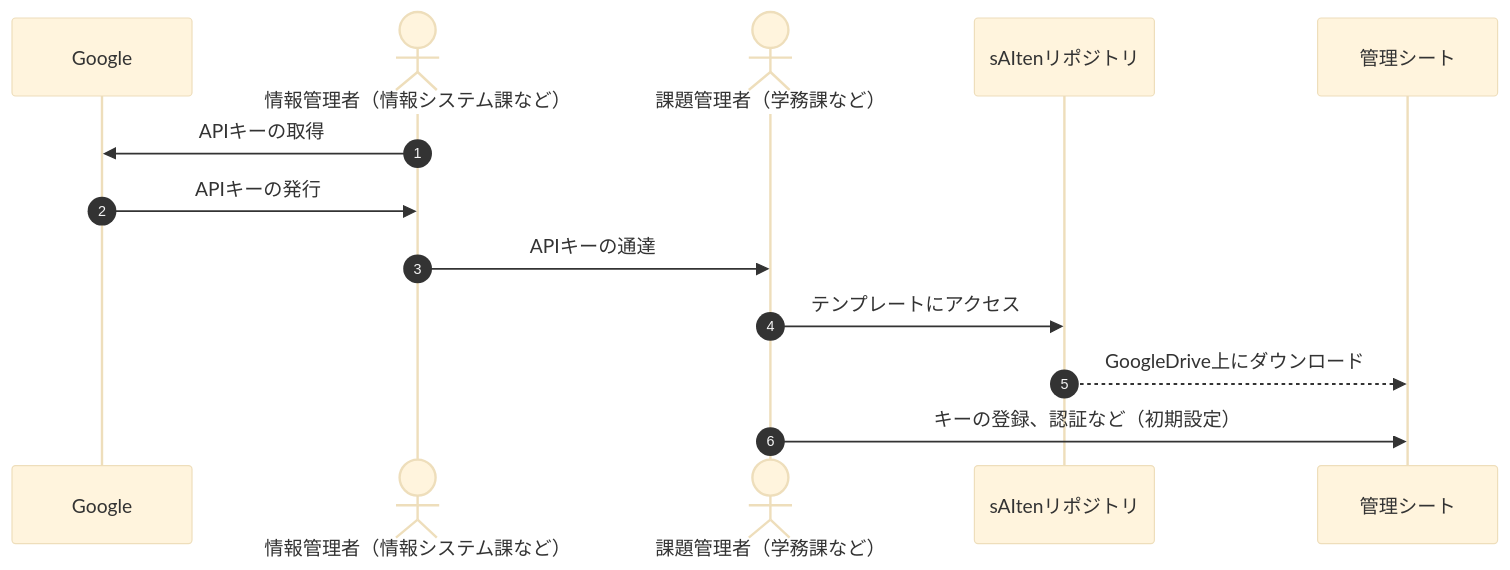
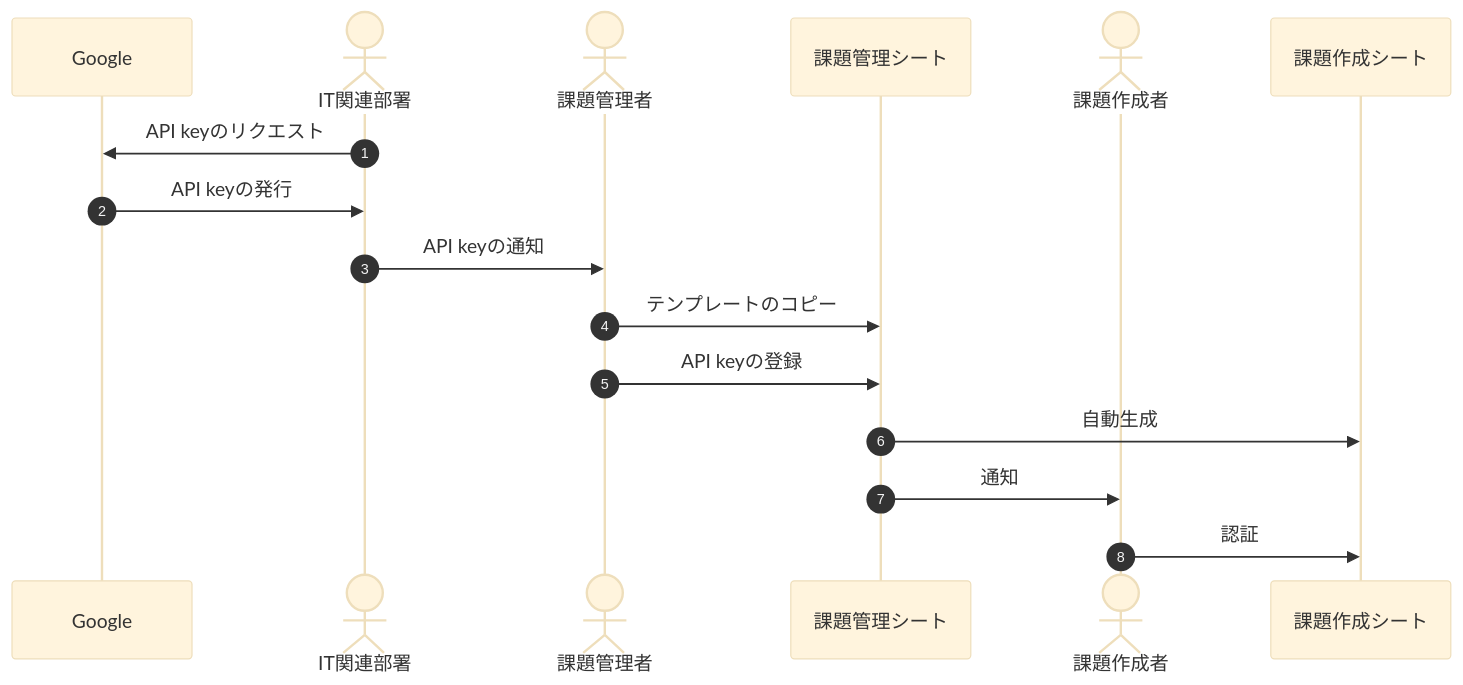
The first of 3 diagrams in README_JA.md (YujiSue/sAIten), drawn with Mermaid (base theme) before and after one commit. The commit also changed other lines of this file and 11 other files, not shown here.

````diff
--- a/README_JA.md
+++ b/README_JA.md
@@ -53,17 +127,20 @@
 ```mermaid
 sequenceDiagram
     autonumber
     participant Google as Google
-    actor Admin as 情報管理者（情報システム課など）
-    actor Manager as 課題管理者（学務課など）
-    participant Repo as sAItenリポジトリ
-    participant Control as 管理シート
+    actor Admin as IT関連部署
+    actor Manager as 課題管理者
+    participant Control as 課題管理シート
+    actor Author as 課題作成者
+    participant Main as 課題作成シート
     
-    Admin->>Google: APIキーの取得
-    Google->>Admin: APIキーの発行
-    Admin->>Manager: APIキーの通達
-    Manager->>Repo: テンプレートにアクセス
-    Repo-->>Control: GoogleDrive上にダウンロード
-    Manager->>Control: キーの登録、認証など（初期設定）
-
+    Admin->>Google: API keyのリクエスト
+    Google->>Admin: API keyの発行
+    Admin->>Manager: API keyの通知
+    Manager->>Control: テンプレートのコピー
+    Manager->>Control: API keyの登録
+    Control->>Main: 自動生成
+    Control->>Author: 通知
+    Author->>Main: 認証
+    
 ```
````
